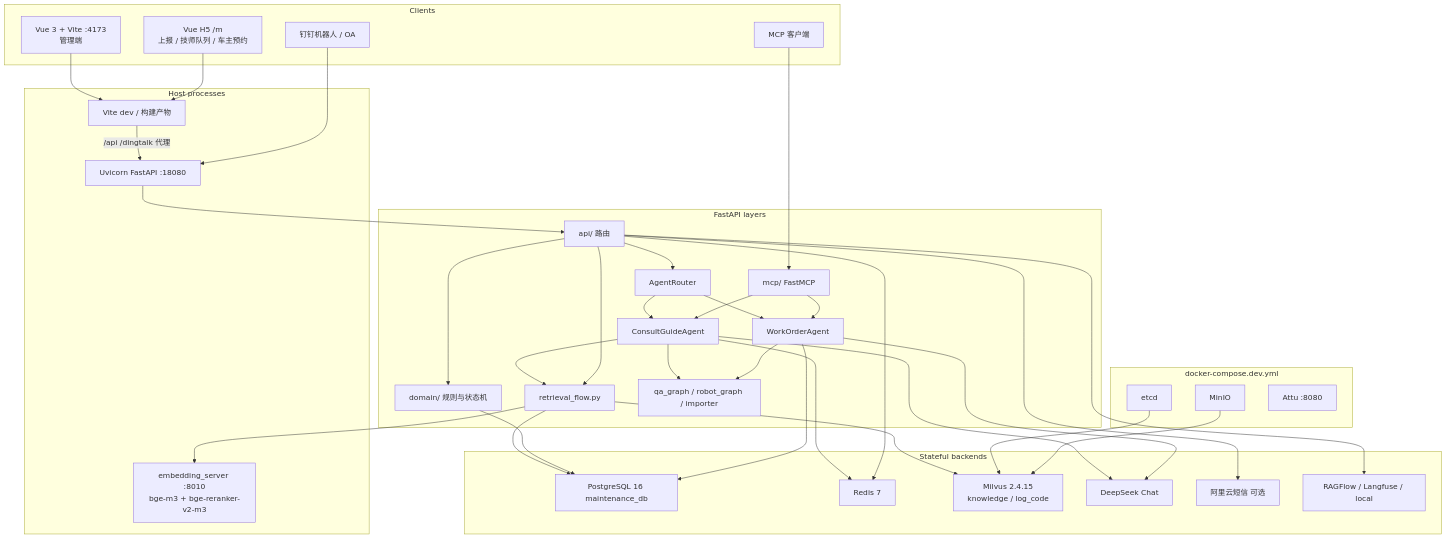
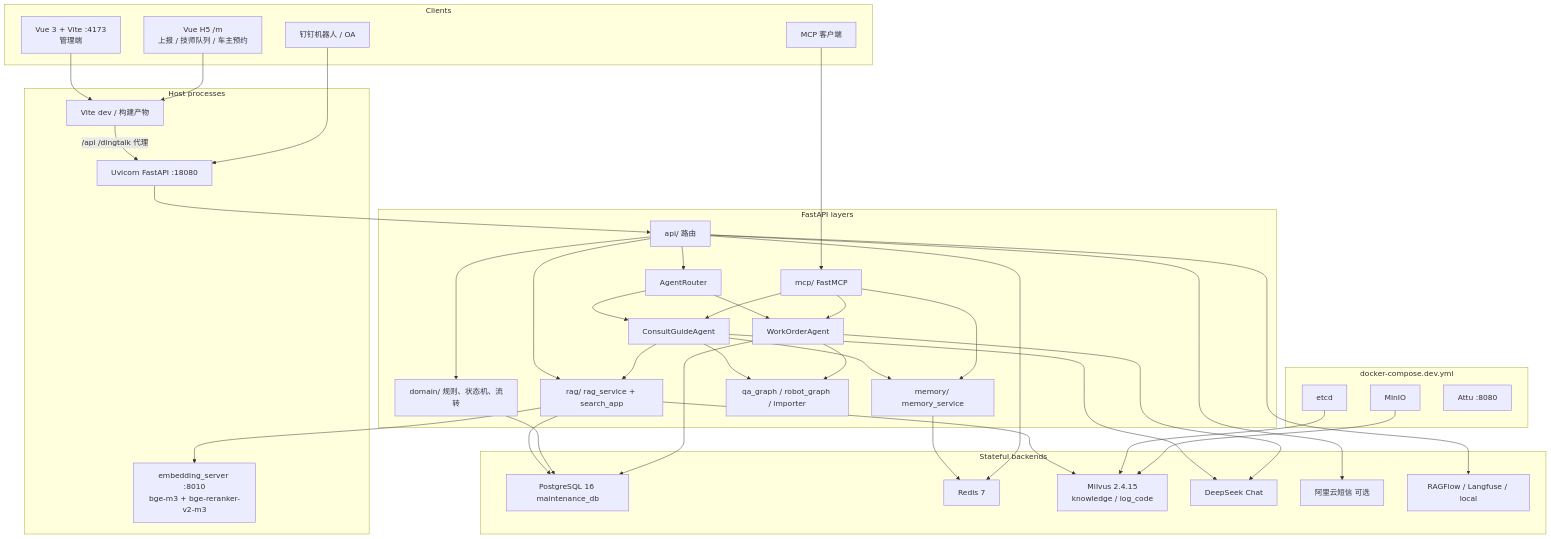
One commit to SHUN-EI/Car-Repair-System changed the first of 10 diagrams in docs/ARCHITECTURE.md. Above: the diagram before and after it, drawn with Mermaid. The commit also changed other lines of this file and 1 other file, not shown here.

````diff
--- a/docs/ARCHITECTURE.md
+++ b/docs/ARCHITECTURE.md
@@ -42,74 +42,77 @@
 ```mermaid
 flowchart TB
     subgraph client [Clients]
         VuePC["Vue 3 + Vite :4173<br/>管理端"]
         VueM["Vue H5 /m<br/>上报 / 技师队列 / 车主预约"]
         DingTalk["钉钉机器人 / OA"]
         McpClient["MCP 客户端"]
     end
 
     subgraph host [Host processes]
         Vite["Vite dev / 构建产物"]
         Uvicorn["Uvicorn FastAPI :18080"]
         Emb["embedding_server :8010<br/>bge-m3 + bge-reranker-v2-m3"]
     end
 
     subgraph fastapi [FastAPI layers]
         API["api/ 路由"]
-        Domain["domain/ 规则与状态机"]
+        Domain["domain/ 规则、状态机、流转"]
+        Mem["memory/ memory_service"]
+        RAG["rag/ rag_service + search_app"]
         Router["AgentRouter"]
         Consult["ConsultGuideAgent"]
         WOA["WorkOrderAgent"]
-        Flow["retrieval_flow.py"]
         Graphs["qa_graph / robot_graph / importer"]
         MCP["mcp/ FastMCP"]
     end
 
     subgraph stores [Stateful backends]
         PG["PostgreSQL 16 maintenance_db"]
         Redis["Redis 7"]
         Milvus["Milvus 2.4.15<br/>knowledge / log_code"]
         DeepSeek["DeepSeek Chat"]
         SMS["阿里云短信 可选"]
         Trace["RAGFlow / Langfuse / local"]
     end
 
     subgraph compose [docker-compose.dev.yml]
         PG
         Redis
         Etcd["etcd"]
         Minio["MinIO"]
         Milvus
         Attu["Attu :8080"]
     end
 
     VuePC --> Vite
     VueM --> Vite
     Vite -->|"/api /dingtalk 代理"| Uvicorn
     DingTalk --> Uvicorn
     McpClient --> MCP
     Uvicorn --> API
     API --> Domain
+    API --> RAG
     API --> Router
     Router --> Consult
     Router --> WOA
     Consult --> Graphs
-    Consult --> Flow
+    Consult --> RAG
+    Consult --> Mem
     WOA --> Graphs
-    API --> Flow
     MCP --> Consult
     MCP --> WOA
-    Flow --> Emb
-    Flow --> Milvus
-    Flow --> PG
+    MCP --> Mem
+    RAG --> Emb
+    RAG --> Milvus
+    RAG --> PG
     Domain --> PG
-    Consult --> Redis
+    Mem --> Redis
     Consult --> DeepSeek
     WOA --> PG
     WOA --> DeepSeek
     API --> Redis
     API --> SMS
     API --> Trace
     Etcd --> Milvus
     Minio --> Milvus
 ```
````
